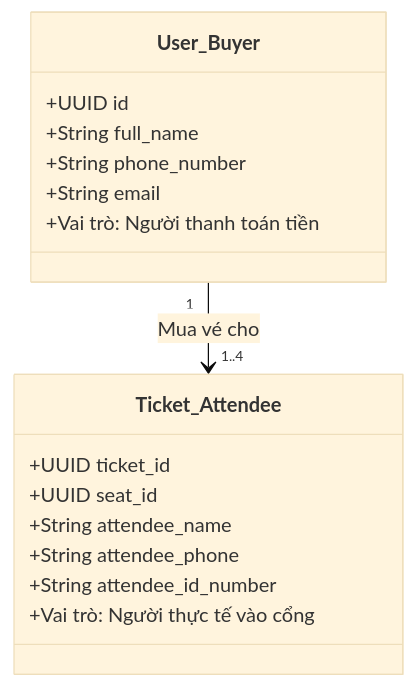
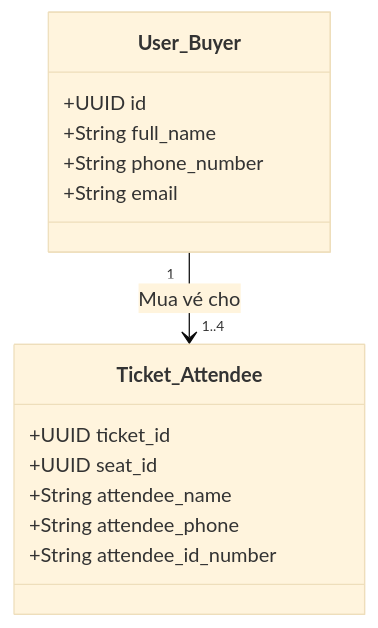
The fifth of 10 diagrams in business-analysis/Thuyet_Trinh_Nghiep_Vu_He_Thong.md (toanteng11/concert-ticketing-docs), drawn with Mermaid (base theme) before and after one commit. The commit also changed other lines of this file, not shown here.

Commit message:
Fix Mermaid diagram syntax in presentation

````diff
--- a/business-analysis/Thuyet_Trinh_Nghiep_Vu_He_Thong.md
+++ b/business-analysis/Thuyet_Trinh_Nghiep_Vu_He_Thong.md
@@ -195,19 +195,17 @@
 ```mermaid
 classDiagram
     class User_Buyer {
         +UUID id
         +String full_name
         +String phone_number
         +String email
-        +Vai trò: Người thanh toán tiền
     }
     class Ticket_Attendee {
         +UUID ticket_id
         +UUID seat_id
         +String attendee_name
         +String attendee_phone
         +String attendee_id_number
-        +Vai trò: Người thực tế vào cổng
     }
     User_Buyer "1" --> "1..4" Ticket_Attendee : Mua vé cho
 ```
````
